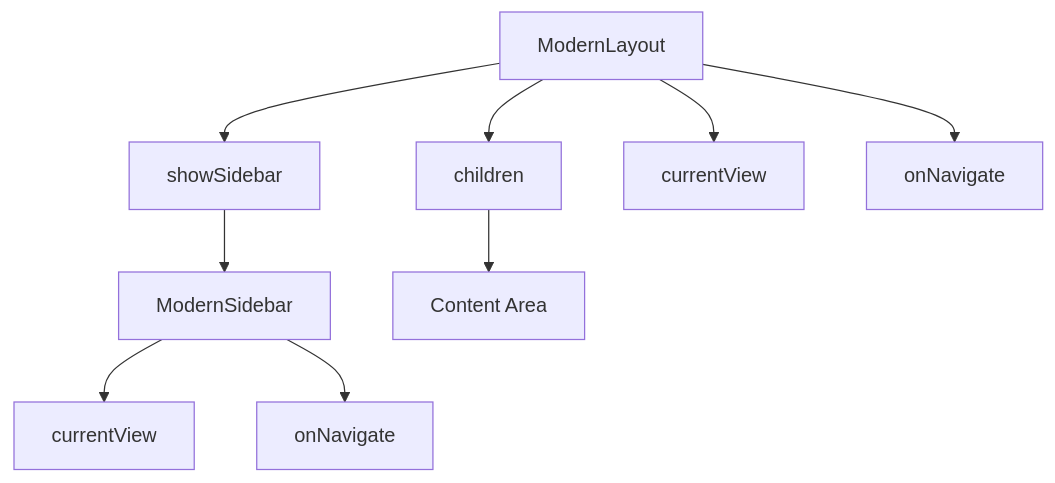
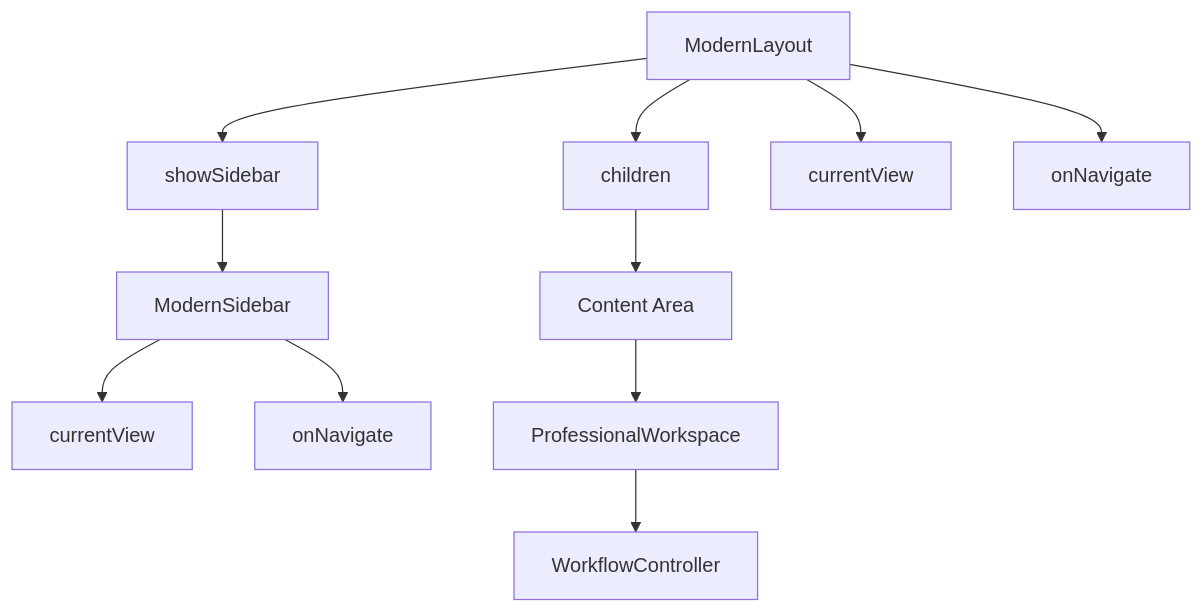
The fourth of 6 diagrams in .qoder/repowiki/en/content/Core Architecture/Core Architecture.md (Latif080790/APP-STRUKTUR-BLACKBOX), drawn with Mermaid before and after one commit. The commit also changed other lines of this file and 26 other files, not shown here.

````diff
--- a/.qoder/repowiki/en/content/Core Architecture/Core Architecture.md
+++ b/.qoder/repowiki/en/content/Core Architecture/Core Architecture.md
@@ -128,11 +145,13 @@
 ```mermaid
 flowchart TD
 A[ModernLayout] --> B[showSidebar]
 A --> C[children]
 A --> D[currentView]
 A --> E[onNavigate]
 B --> F[ModernSidebar]
 C --> G[Content Area]
 F --> H[currentView]
 F --> I[onNavigate]
+G --> J[ProfessionalWorkspace]
+J --> K[WorkflowController]
 ```
````
